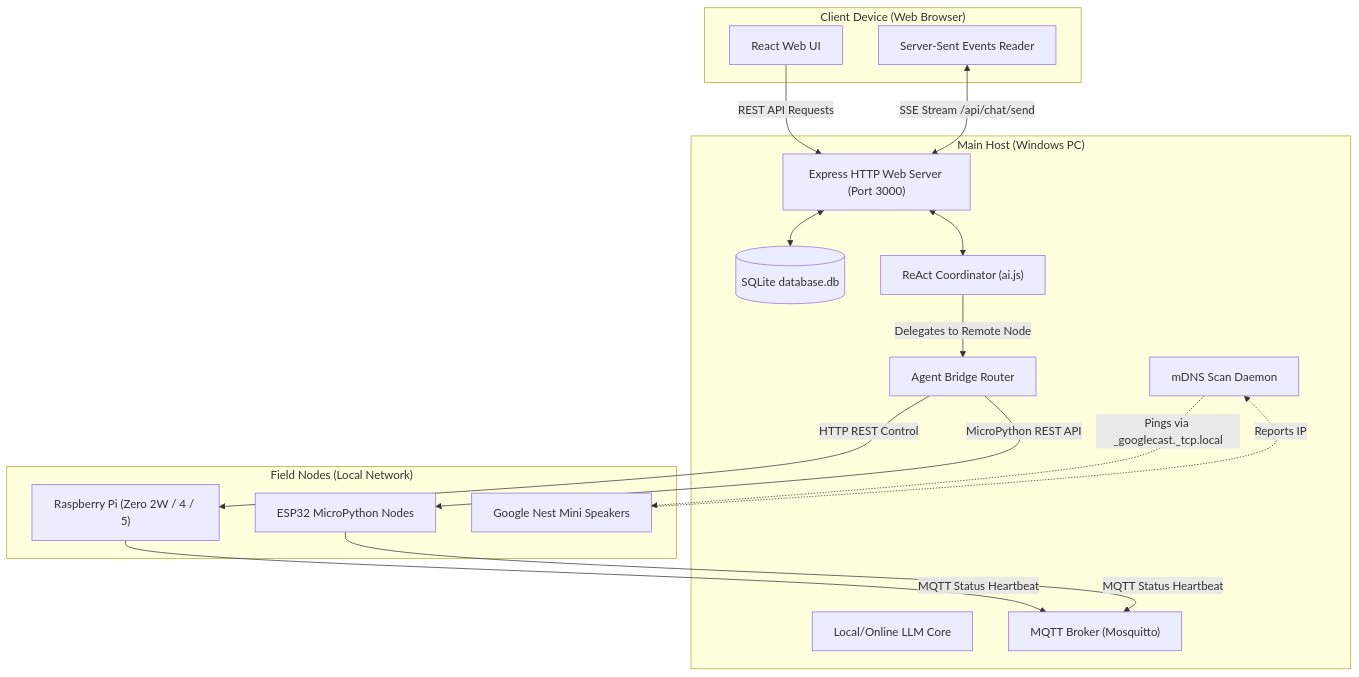
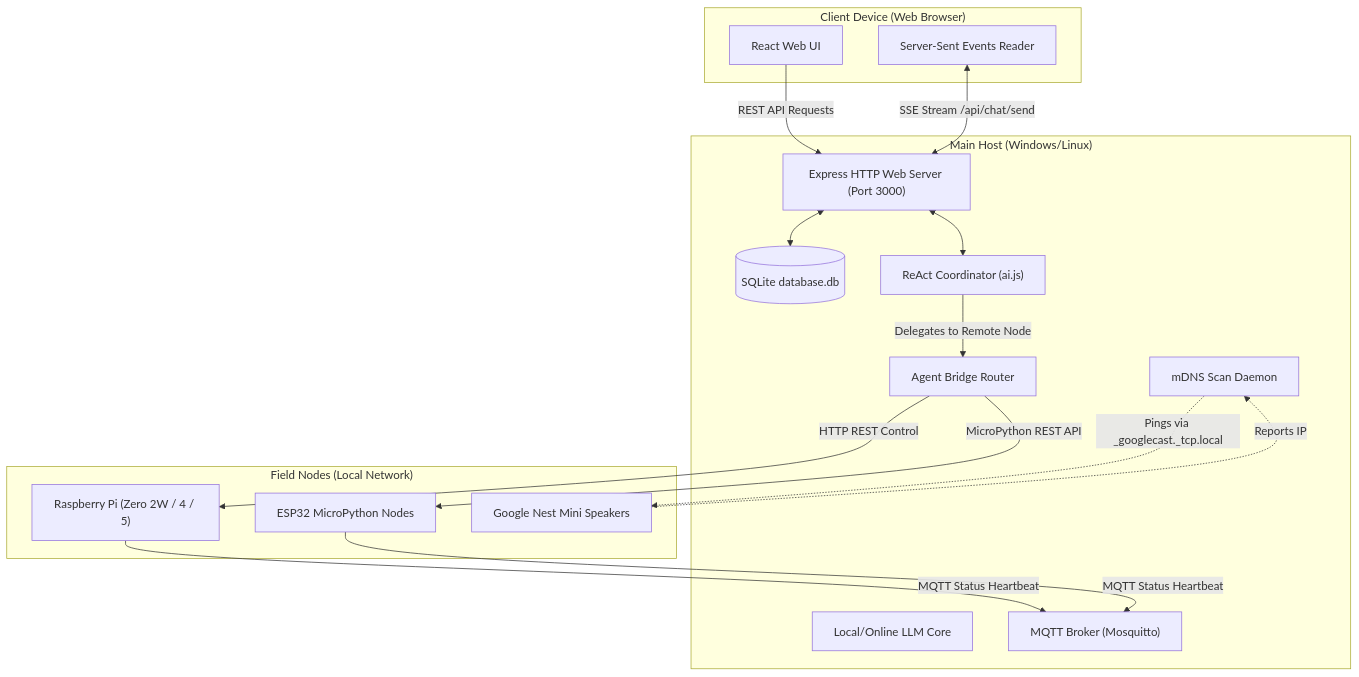
One commit to jjuhric/private_ai changed the diagram in README.md. Above: the diagram before and after it, drawn with Mermaid. The commit also changed other lines of this file, not shown here.

````diff
--- a/README.md
+++ b/README.md
@@ -21,35 +30,35 @@
 ```mermaid
 graph TB
     subgraph Client ["Client Device (Web Browser)"]
         UI["React Web UI"]
         SSE_Conn["Server-Sent Events Reader"]
     end
 
-    subgraph MainHost ["Main Host (Windows PC)"]
+    subgraph MainHost ["Main Host (Windows/Linux)"]
         WebServer["Express HTTP Web Server (Port 3000)"]
         Database[("SQLite database.db")]
         Coord["ReAct Coordinator (ai.js)"]
         Bridge["Agent Bridge Router"]
         LLM["Local/Online LLM Core"]
         MQTT["MQTT Broker (Mosquitto)"]
         mDNS["mDNS Scan Daemon"]
     end
 
     subgraph FieldNodes ["Field Nodes (Local Network)"]
         RPi["Raspberry Pi (Zero 2W / 4 / 5)"]
         ESP["ESP32 MicroPython Nodes"]
         Nest["Google Nest Mini Speakers"]
     end
 
     UI -->|REST API Requests| WebServer
     SSE_Conn <-->|SSE Stream /api/chat/send| WebServer
     WebServer <--> Database
     WebServer <--> Coord
     RPi -->|MQTT Status Heartbeat| MQTT
     ESP -->|MQTT Status Heartbeat| MQTT
     mDNS -.->|Pings via _googlecast._tcp.local| Nest
     Nest -.->|Reports IP| mDNS
     Coord -->|Delegates to Remote Node| Bridge
     Bridge -->|HTTP REST Control| RPi
     Bridge -->|MicroPython REST API| ESP
 ```
````
